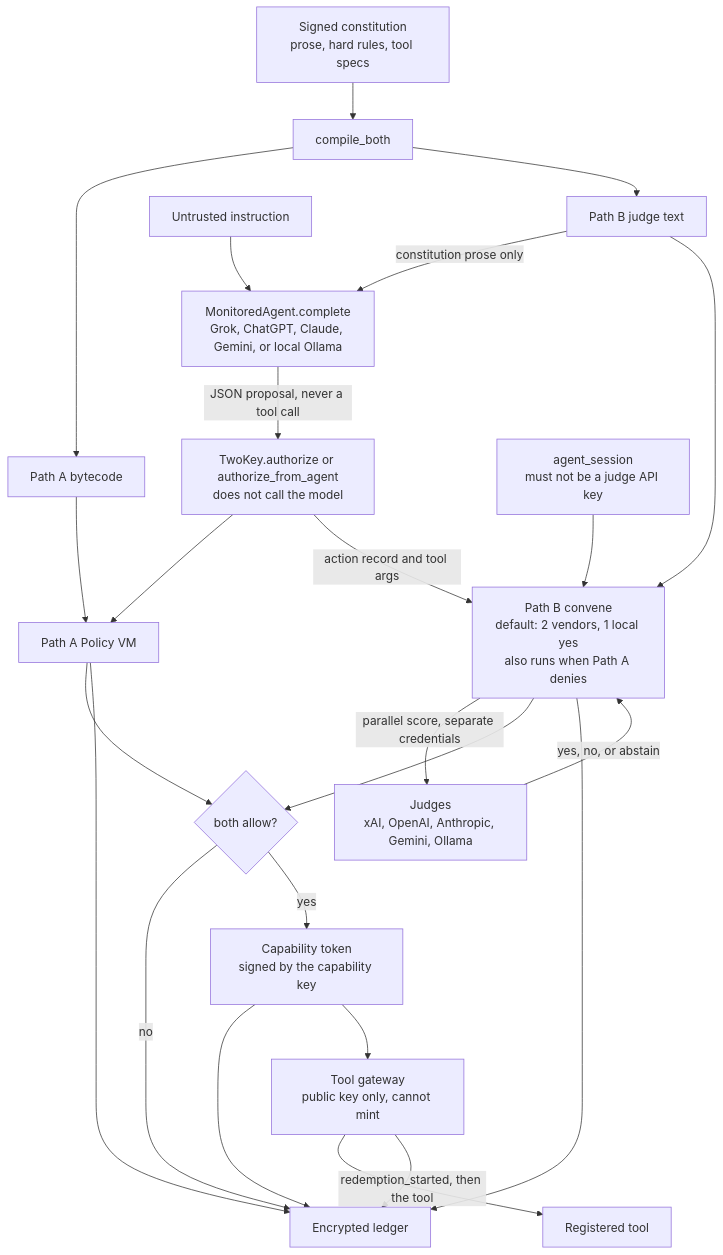
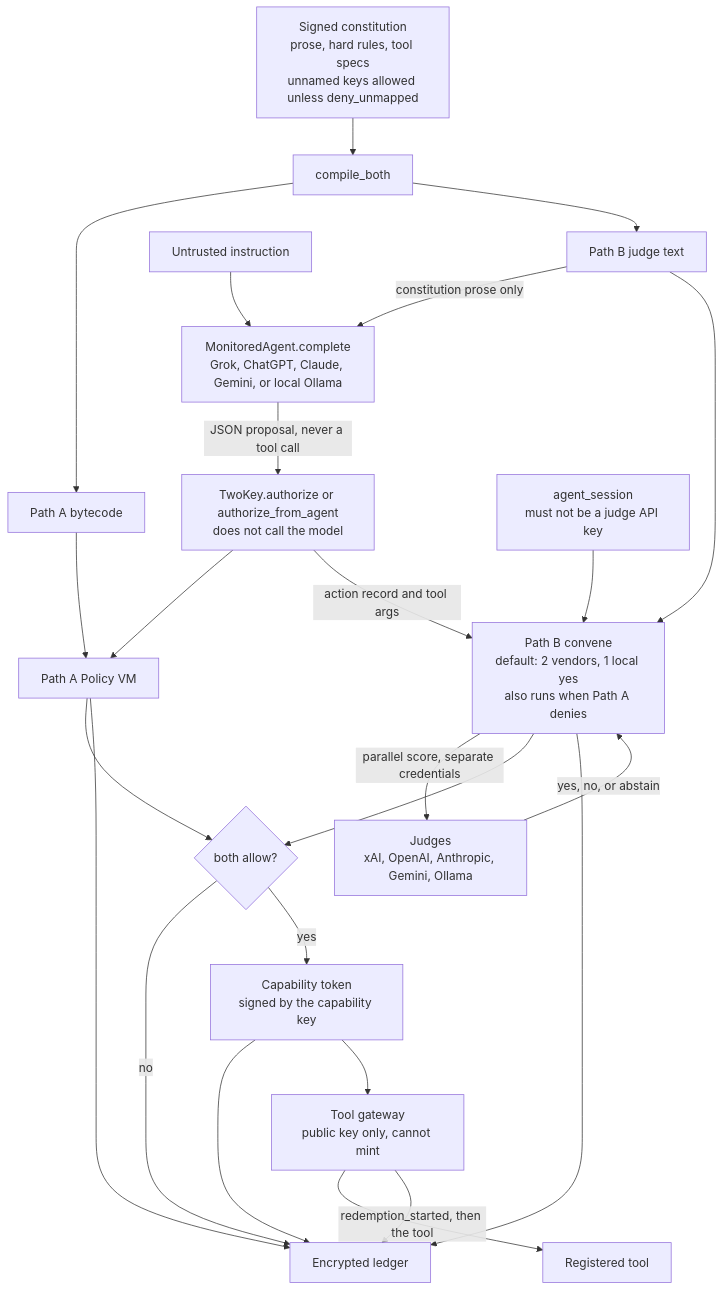
The first of 2 diagrams in README.md (Insomniac-VibeLabs/two-key-concept), drawn with Mermaid before and after one commit. The commit also changed other lines of this file and 14 other files, not shown here.

First line of the commit message:
Make deny_unmapped optional and off by default.

````diff
--- a/README.md
+++ b/README.md
@@ -54,26 +57,26 @@
 ```mermaid
 flowchart TD
-  constitution["Signed constitution<br/>prose, hard rules, tool specs"] --> compile["compile_both"]
+  constitution["Signed constitution<br/>prose, hard rules, tool specs<br/>unnamed keys allowed unless deny_unmapped"] --> compile["compile_both"]
   compile --> bytecode["Path A bytecode"]
   compile --> judgeText["Path B judge text"]
   instruction["Untrusted instruction"] --> agent["MonitoredAgent.complete<br/>Grok, ChatGPT, Claude, Gemini, or local Ollama"]
   judgeText -->|"constitution prose only"| agent
   agent -->|"JSON proposal, never a tool call"| authorize["TwoKey.authorize or authorize_from_agent<br/>does not call the model"]
   bytecode --> pathA["Path A Policy VM"]
   authorize --> pathA
   authorize -->|"action record and tool args"| pathB["Path B convene<br/>default: 2 vendors, 1 local yes<br/>also runs when Path A denies"]
   judgeText --> pathB
   session["agent_session<br/>must not be a judge API key"] --> pathB
   pathB -->|"parallel score, separate credentials"| judges["Judges<br/>xAI, OpenAI, Anthropic, Gemini, Ollama"]
   judges -->|"yes, no, or abstain"| pathB
   pathA --> gate{"both allow?"}
   pathB --> gate
   pathA --> ledger["Encrypted ledger"]
   pathB --> ledger
   gate -->|no| ledger
   gate -->|yes| token["Capability token<br/>signed by the capability key"]
   token --> ledger
   token --> gateway["Tool gateway<br/>public key only, cannot mint"]
   gateway -->|"redemption_started, then the tool"| tool["Registered tool"]
   gateway --> ledger
 ```
````
